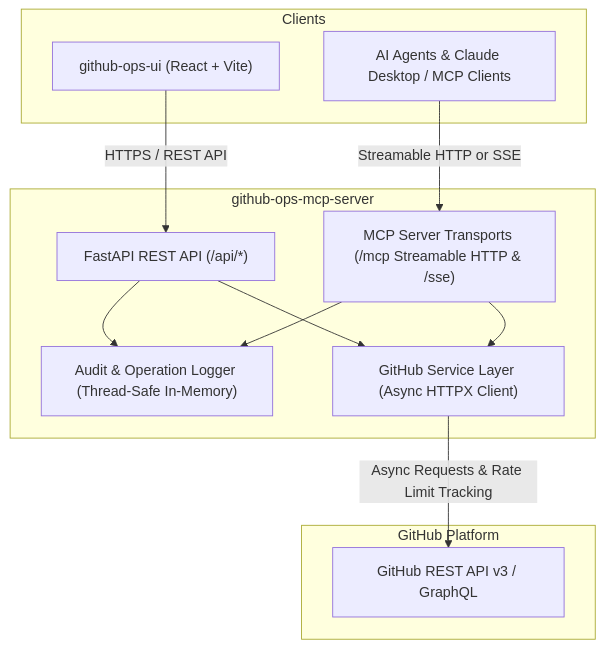
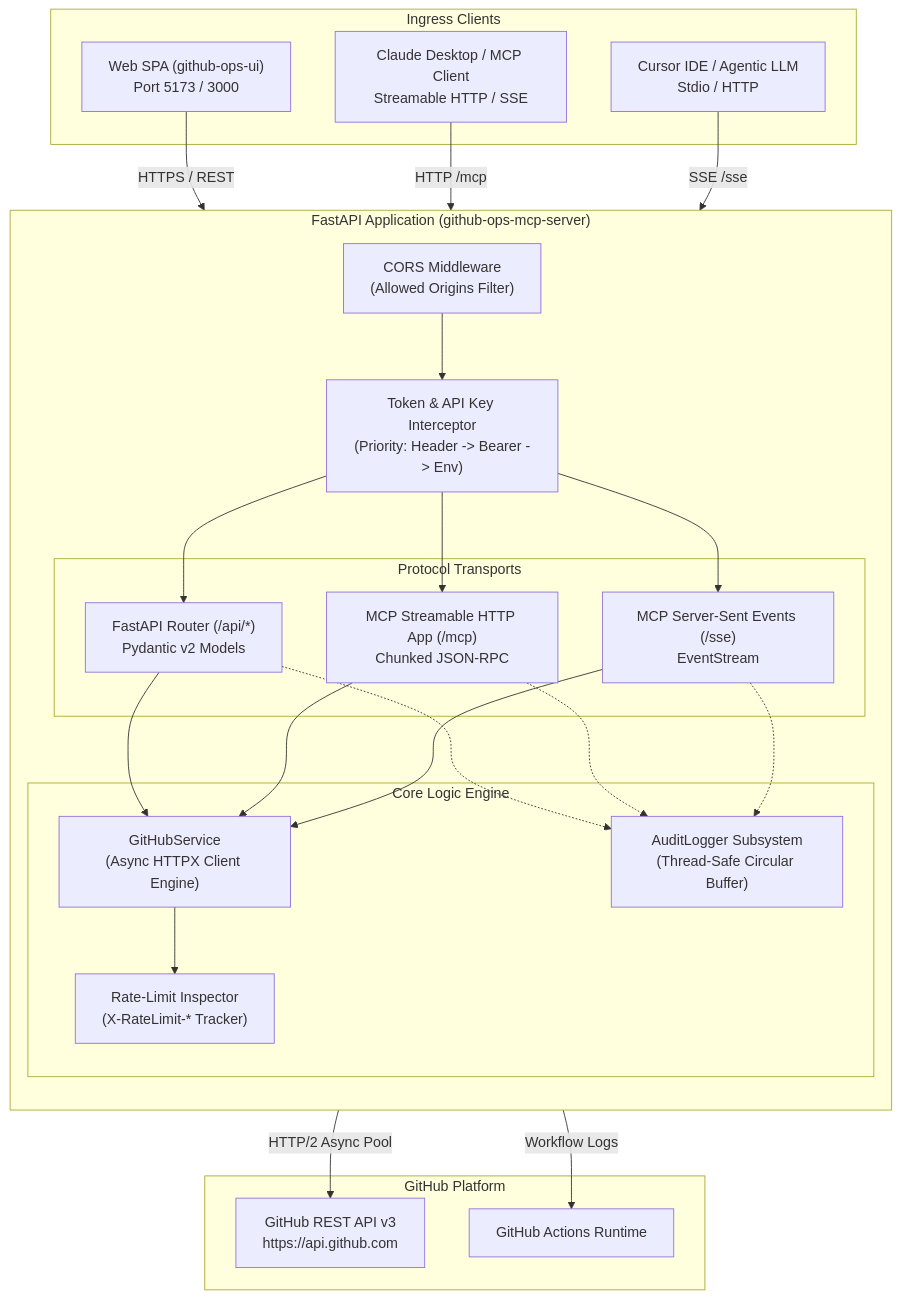
The first of 6 diagrams in README.md (ravi-kundu7284/github-ops-mcp-server), drawn with Mermaid before and after one commit. The commit also changed other lines of this file, not shown here.

Commit message:
docs: enrich README with detailed HLD and LLD architectural designs

````diff
--- a/README.md
+++ b/README.md
@@ -15,26 +46,52 @@
 ```mermaid
 flowchart TD
-    subgraph Clients["Clients"]
-        UI["github-ops-ui (React + Vite)"]
-        AI["AI Agents & Claude Desktop / MCP Clients"]
+    subgraph Clients["Ingress Clients"]
+        UI["Web SPA (github-ops-ui)<br/>Port 5173 / 3000"]
+        Claude["Claude Desktop / MCP Client<br/>Streamable HTTP / SSE"]
+        Cursor["Cursor IDE / Agentic LLM<br/>Stdio / HTTP"]
     end
 
-    subgraph Backend["github-ops-mcp-server"]
-        FastAPI["FastAPI REST API (/api/*)"]
-        MCP["MCP Server Transports (/mcp Streamable HTTP & /sse)"]
-        Audit["Audit & Operation Logger (Thread-Safe In-Memory)"]
-        Service["GitHub Service Layer (Async HTTPX Client)"]
+    subgraph Gateway["FastAPI Application (github-ops-mcp-server)"]
+        direction TB
+        CORS["CORS Middleware<br/>(Allowed Origins Filter)"]
+        Auth["Token & API Key Interceptor<br/>(Priority: Header -> Bearer -> Env)"]
+        
+        subgraph Transports["Protocol Transports"]
+            REST["FastAPI Router (/api/*)<br/>Pydantic v2 Models"]
+            StreamHTTP["MCP Streamable HTTP App (/mcp)<br/>Chunked JSON-RPC"]
+            SSE["MCP Server-Sent Events (/sse)<br/>EventStream"]
+        end
+
+        subgraph Core["Core Logic Engine"]
+            GHService["GitHubService<br/>(Async HTTPX Client Engine)"]
+            Audit["AuditLogger Subsystem<br/>(Thread-Safe Circular Buffer)"]
+            RateLimit["Rate-Limit Inspector<br/>(X-RateLimit-* Tracker)"]
+        end
     end
 
     subgraph GitHub["GitHub Platform"]
-        GH_REST["GitHub REST API v3 / GraphQL"]
+        GH_REST["GitHub REST API v3<br/>https://api.github.com"]
+        GH_Actions["GitHub Actions Runtime"]
     end
 
-    UI -->|HTTPS / REST API| FastAPI
-    AI -->|Streamable HTTP or SSE| MCP
-    FastAPI --> Service
-    MCP --> Service
-    Service -->|Async Requests & Rate Limit Tracking| GH_REST
-    FastAPI --> Audit
-    MCP --> Audit
+    UI -->|HTTPS / REST| CORS
+    Claude -->|HTTP /mcp| Auth
+    Cursor -->|SSE /sse| Auth
+    CORS --> Auth
+
+    Auth --> REST
+    Auth --> StreamHTTP
+    Auth --> SSE
+
+    REST --> GHService
+    StreamHTTP --> GHService
+    SSE --> GHService
+
+    REST -.-> Audit
+    StreamHTTP -.-> Audit
+    SSE -.-> Audit
+
+    GHService --> RateLimit
+    GHService -->|HTTP/2 Async Pool| GH_REST
+    GHService -->|Workflow Logs| GH_Actions
 ```
````
